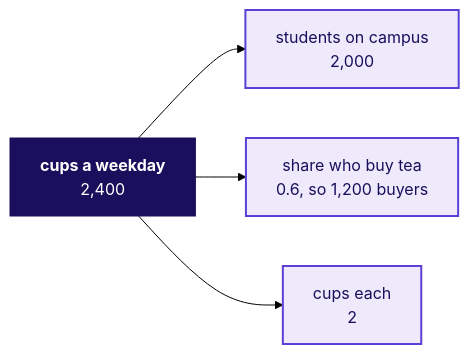
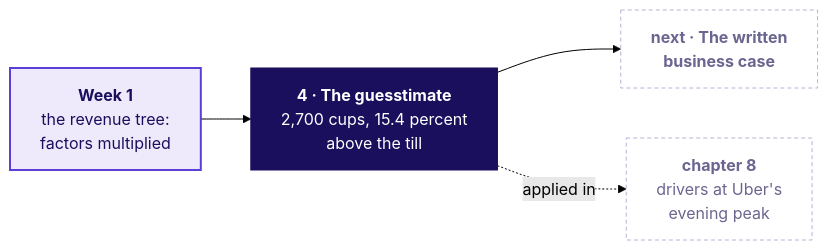
The fourth of 8 diagrams in content/W04/D2/slides/C2_W04_D02_half2_STUDENT.md (fde-academy-lab/c2-content-factory), drawn with Mermaid (forest theme) before and after one commit. The commit also changed other lines of this file and 5 other files, not shown here.

First line of the commit message:
W04 D2: both decks concept first, five topic chapters before and between the Uber case chapters

````diff
--- a/content/W04/D2/slides/C2_W04_D02_half2_STUDENT.md
+++ b/content/W04/D2/slides/C2_W04_D02_half2_STUDENT.md
@@ -78,10 +219,12 @@
 ```mermaid
 flowchart LR
-    C["<b>cups a weekday</b><br/>2,400"] --> S["students on campus<br/>2,000"]
-    C --> B["share who buy tea<br/>0.6, so 1,200 buyers"]
-    C --> K["cups each<br/>2"]
+    P["<b>Week 1</b><br/>the revenue tree:<br/>factors multiplied"] --> N["<b>4 · The guesstimate</b><br/>2,700 cups, 15.4 percent<br/>above the till"]
+    N --> X["<b>next · The written</b><br/><b>business case</b>"]
+    N -.->|applied in| C["<b>chapter 8</b><br/>drivers at Uber's<br/>evening peak"]
     classDef lit fill:#1A0F5C,stroke:#1A0F5C,color:#FFFFFF
     classDef known fill:#EEEAFB,stroke:#5B3FD6,color:#1A0F5C,stroke-width:2px
-    class C lit
-    class S,B,K known
+    classDef unknown fill:#FFFFFF,stroke:#B8B2D6,color:#6B6690,stroke-dasharray:4 3
+    class P known
+    class N lit
+    class X,C unknown
 ```
````
